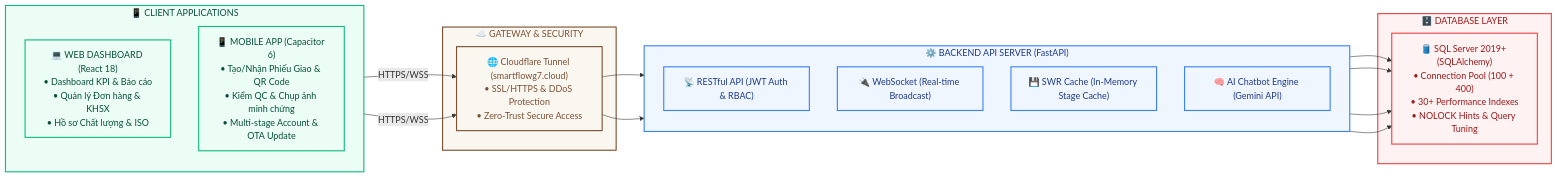
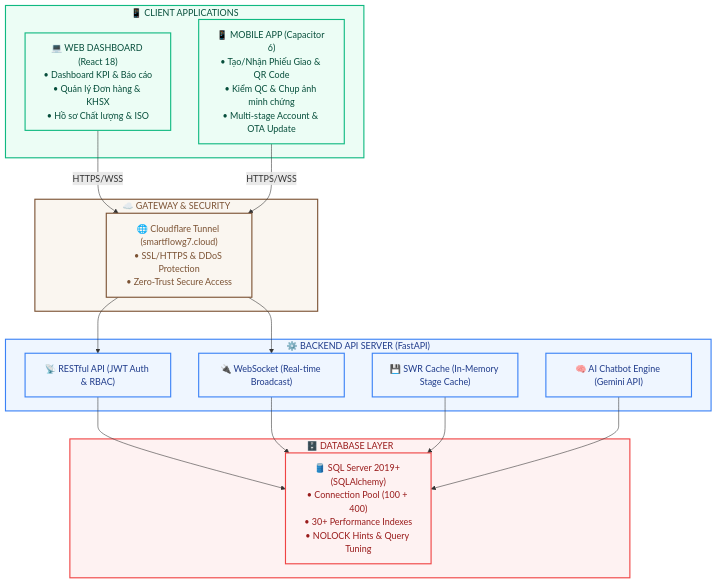
One commit to ChauVanPhuc/Dev changed the diagram in README.md. Above: the diagram before and after it, drawn with Mermaid.

Commit message:
style: switch system architecture diagram to clean top-to-bottom layout in README

````diff
--- a/README.md
+++ b/README.md
@@ -73,50 +73,48 @@
 ```mermaid
-flowchart LR
+flowchart TD
     %% Styling Classes
     classDef cloud fill:#FAF6F0,stroke:#7B5233,stroke-width:2px,color:#7B5233;
     classDef server fill:#EFF6FF,stroke:#3B82F6,stroke-width:2px,color:#1E3A8A;
     classDef client fill:#ECFDF5,stroke:#10B981,stroke-width:2px,color:#064E3B;
     classDef db fill:#FEF2F2,stroke:#EF4444,stroke-width:2px,color:#991B1B;
 
-    %% Client Subgraph (Left)
+    %% Clients at the Top
     subgraph Clients ["📱 CLIENT APPLICATIONS"]
-        direction TB
         Web["💻 WEB DASHBOARD (React 18)<br>• Dashboard KPI & Báo cáo<br>• Quản lý Đơn hàng & KHSX<br>• Hồ sơ Chất lượng & ISO"]
         Mobile["📱 MOBILE APP (Capacitor 6)<br>• Tạo/Nhận Phiếu Giao & QR Code<br>• Kiểm QC & Chụp ảnh minh chứng<br>• Multi-stage Account & OTA Update"]
     end
     class Clients,Web,Mobile client;
 
-    %% Cloud/Gateway Subgraph (Center-Left)
+    %% Gateway in the Middle-Top
     subgraph Gateway ["☁️ GATEWAY & SECURITY"]
         CF["🌐 Cloudflare Tunnel (smartflowg7.cloud)<br>• SSL/HTTPS & DDoS Protection<br>• Zero-Trust Secure Access"]
     end
     class Gateway,CF cloud;
 
-    %% Backend Subgraph (Center-Right)
+    %% Backend in the Middle-Bottom
     subgraph Backend ["⚙️ BACKEND API SERVER (FastAPI)"]
-        direction TB
         API["📡 RESTful API (JWT Auth & RBAC)"]
         WS["🔌 WebSocket (Real-time Broadcast)"]
         Cache["💾 SWR Cache (In-Memory Stage Cache)"]
         AI["🧠 AI Chatbot Engine (Gemini API)"]
     end
     class Backend,API,WS,Cache,AI server;
 
-    %% Database Subgraph (Right)
+    %% Database at the Bottom
     subgraph Database ["🗄️ DATABASE LAYER"]
         DB["🛢️ SQL Server 2019+ (SQLAlchemy)<br>• Connection Pool (100 + 400)<br>• 30+ Performance Indexes<br>• NOLOCK Hints & Query Tuning"]
     end
     class Database,DB db;
 
-    %% Horizontal Flow Relations
-    Web -- HTTPS/WSS --> CF
-    Mobile -- HTTPS/WSS --> CF
+    %% Relations (strictly Top-to-Bottom)
+    Web -->|HTTPS/WSS| CF
+    Mobile -->|HTTPS/WSS| CF
     
     CF --> API
     CF --> WS
     
     API --> DB
     WS --> DB
     Cache --> DB
     AI --> DB
 ```
````
